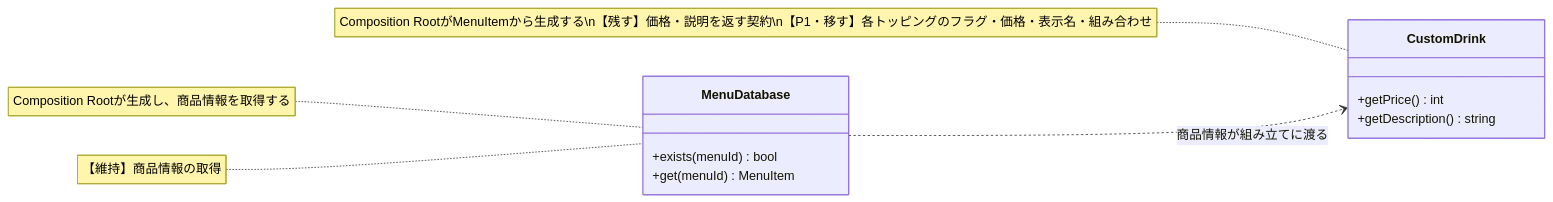
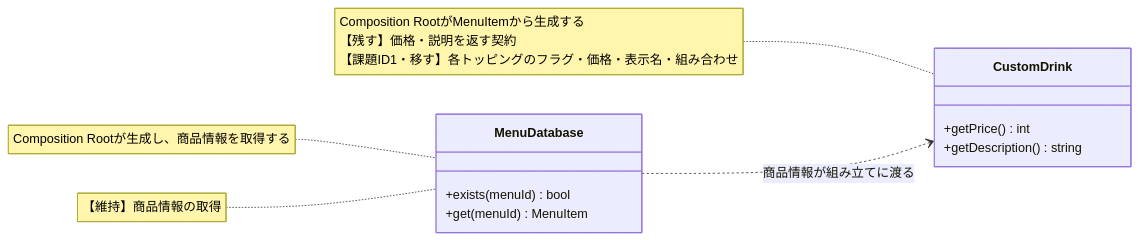
The ninth of 15 diagrams in kindle/design-patterns/output/chapter06.md (kumachan1101-pixel/DesignPattern), drawn with Mermaid before and after one commit. The commit also changed other lines of this file and 43 other files, not shown here.

````diff
--- a/kindle/design-patterns/output/chapter06.md
+++ b/kindle/design-patterns/output/chapter06.md
@@ -1052,20 +1085,20 @@
 ```mermaid
 classDiagram
     direction LR
     class MenuDatabase {
         +exists(menuId) bool
         +get(menuId) MenuItem
     }
     class CustomDrink {
         +getPrice() int
         +getDescription() string
     }
     MenuDatabase ..> CustomDrink : 商品情報が組み立てに渡る
     note for MenuDatabase "Composition Rootが生成し、商品情報を取得する"
 
-    note for CustomDrink "Composition RootがMenuItemから生成する\n【残す】価格・説明を返す契約\n【P1・移す】各トッピングのフラグ・価格・表示名・組み合わせ"
+    note for CustomDrink "Composition RootがMenuItemから生成する<br/>【残す】価格・説明を返す契約<br/>【課題ID1・移す】各トッピングのフラグ・価格・表示名・組み合わせ"
     note for MenuDatabase "【維持】商品情報の取得"
 
     classDef focus fill:#FFF2CC,stroke:#D6B656,stroke-width:2px,color:#222222
     cssClass "CustomDrink" focus
 ```
````
